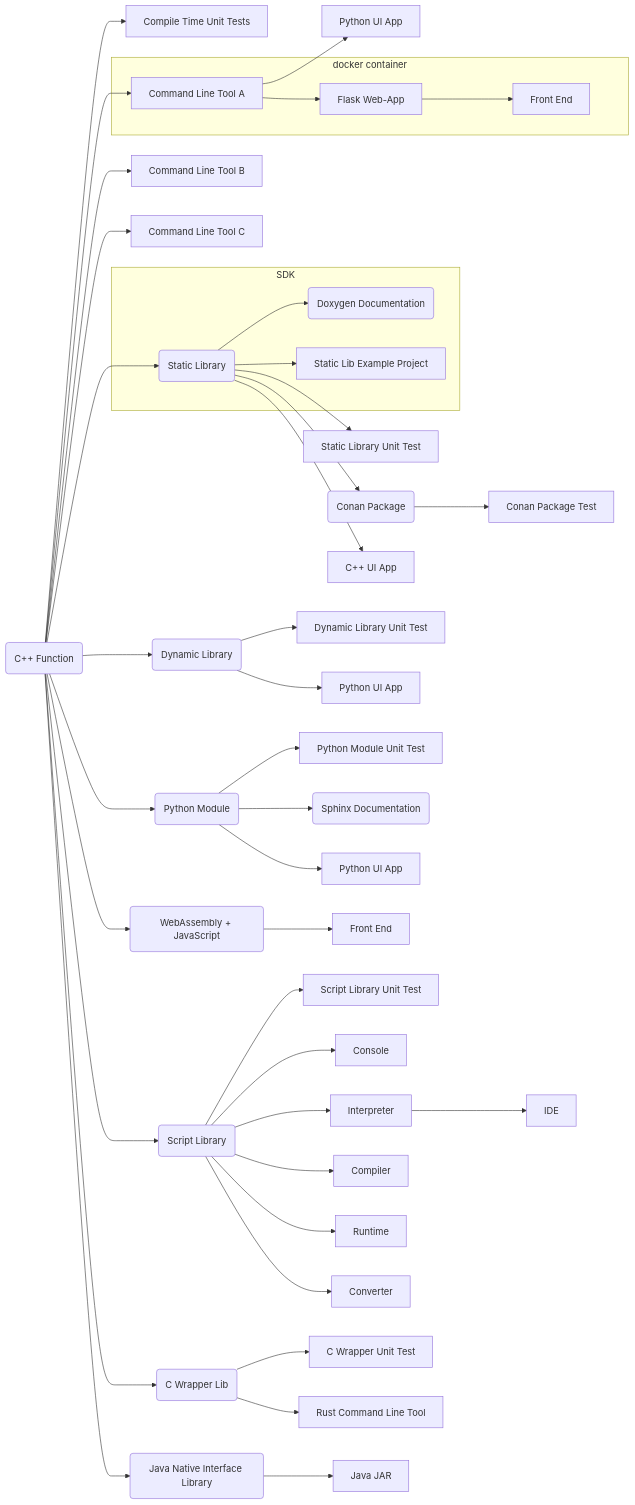
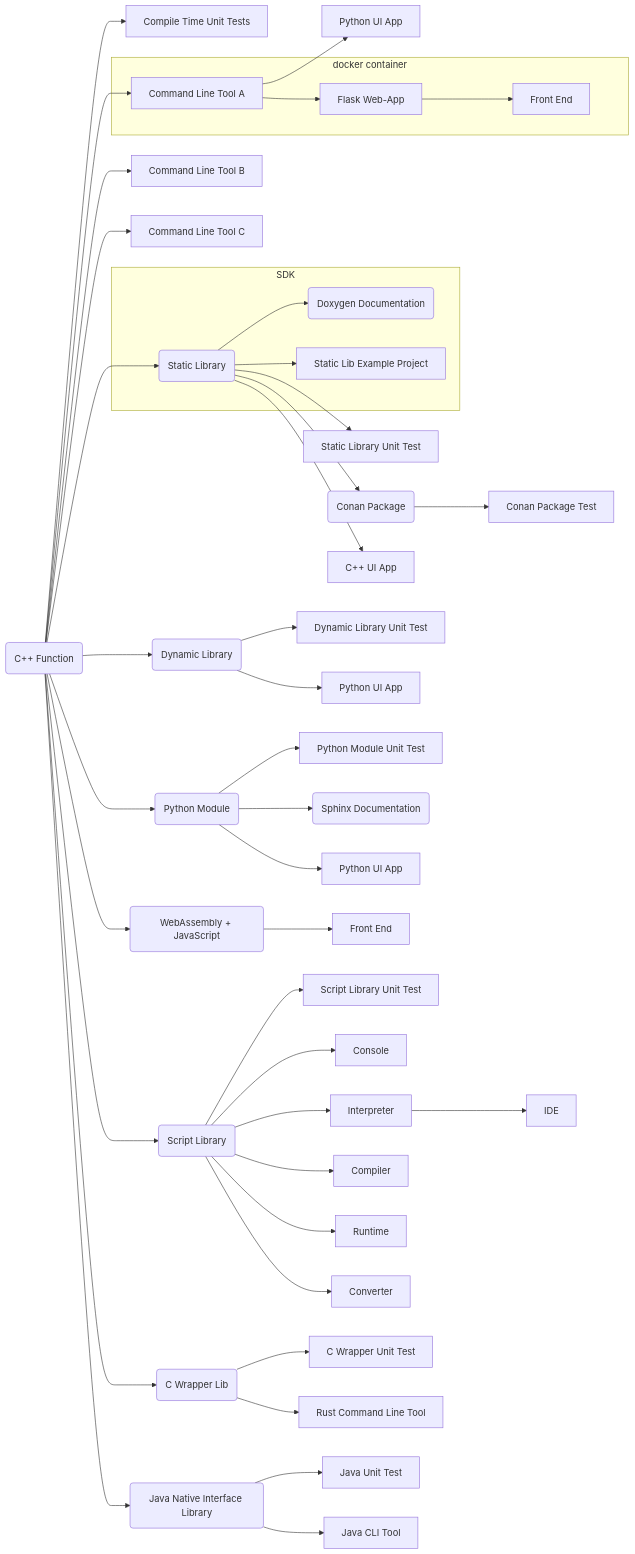
The diagram in README.md (SebastianBach/full-stack), drawn with Mermaid before and after one commit. The commit also changed other lines of this file and 8 other files, not shown here.

Commit message:
added Java unit test

````diff
--- a/README.md
+++ b/README.md
@@ -49,61 +50,62 @@
 ```mermaid
   flowchart LR;
 
     F(C++ Function) --> CUT[Compile Time Unit Tests];
 
     F --> CLI1[Command Line Tool A]
     F --> CLI2[Command Line Tool B]
     F --> CLI3[Command Line Tool C]
 
     CLI1 --> PYAPP2[Python UI App]
 
     F --> LIB(Static Library)
     
     subgraph SDK
     LIB --> DOXYGEN(Doxygen Documentation)
     LIB --> LIBEX[Static Lib Example Project]
     end
 
     LIB --> LIBTEST[Static Library Unit Test]
     LIB --> C(Conan Package)
 
     LIB --> QTCPP[C++ UI App]
 
     F --> DLL(Dynamic Library)
     DLL --> DLLTEST[Dynamic Library Unit Test]
     DLL --> QTPYDLL[Python UI App]
 
     C --> CT[Conan Package Test]
 
     F --> PY(Python Module)
 
     subgraph docker container
     CLI1 --> SERVER[Flask Web-App]
     SERVER --> FRONT[Front End]
     end
 
     PY --> PYTEST[Python Module Unit Test]
     PY --> SPHINX(Sphinx Documentation)
     PY --> PYAPP[Python UI App]
 
     F --> WASM(WebAssembly + JavaScript)
 
     WASM --> WASMF[Front End]
 
     F --> SCRIPTLIB(Script Library)
 
     SCRIPTLIB --> SCRIPT_TEST[Script Library Unit Test]
     SCRIPTLIB --> SCRIPT_CONSOLE[Console]
     SCRIPTLIB --> SCRIPT_INTERPRETER[Interpreter]
     SCRIPT_INTERPRETER --> SCRIPT_IDE[IDE]
     SCRIPTLIB --> SCRIPT_COMPILER[Compiler]
     SCRIPTLIB --> SCRIPT_RUNTIME[Runtime]
     SCRIPTLIB --> SCRIPT_CONVERT[Converter]
 
     F --> CWRAPPER(C Wrapper Lib)
     CWRAPPER --> CWRAPPER_TEST[C Wrapper Unit Test]
     CWRAPPER --> RUST_APP[Rust Command Line Tool]  
 
     F --> JAVA_LIB(Java Native Interface Library)
-    JAVA_LIB --> JAVA_APP[Java JAR] 
+    JAVA_LIB --> JAVA_UNIT_TEST[Java Unit Test]  
+    JAVA_LIB --> JAVA_APP[Java CLI Tool] 
 ```
````
